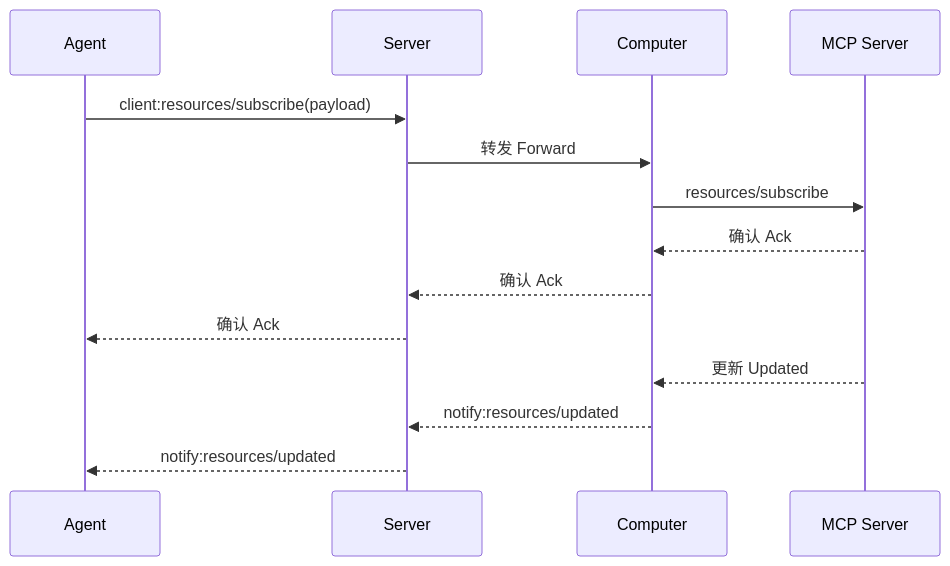
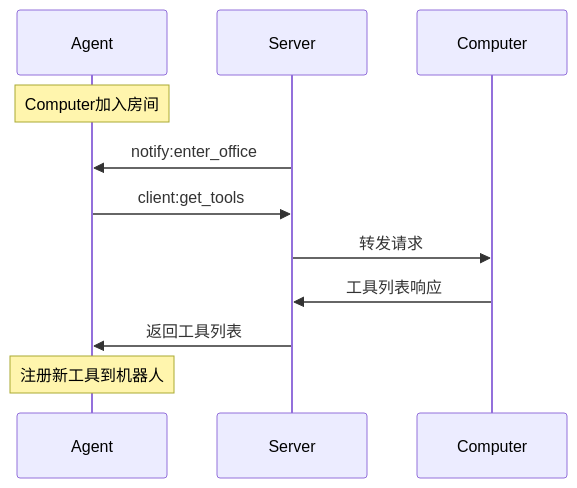
The seventh of 7 diagrams in docs/index.md (A2C-SMCP/python-computer-sdk), drawn with Mermaid before and after one commit. The commit also changed other lines of this file and 75 other files, not shown here.

````diff
--- a/docs/index.md
+++ b/docs/index.md
@@ -781,16 +262,14 @@
 ```mermaid
 sequenceDiagram
     participant A as Agent
     participant S as Server
     participant C as Computer
-    participant M as MCP Server
-    A->>S: client:resources/subscribe(payload)
-    S->>C: 转发 Forward
-    C->>M: resources/subscribe
-    M-->>C: 确认 Ack
-    C-->>S: 确认 Ack
-    S-->>A: 确认 Ack
-    M-->>C: 更新 Updated
-    C-->>S: notify:resources/updated
-    S-->>A: notify:resources/updated
+    
+    Note over A: Computer加入房间
+    S->>A: notify:enter_office
+    A->>S: client:get_tools
+    S->>C: 转发请求
+    C->>S: 工具列表响应
+    S->>A: 返回工具列表
+    Note over A: 注册新工具到机器人
 ```
````
